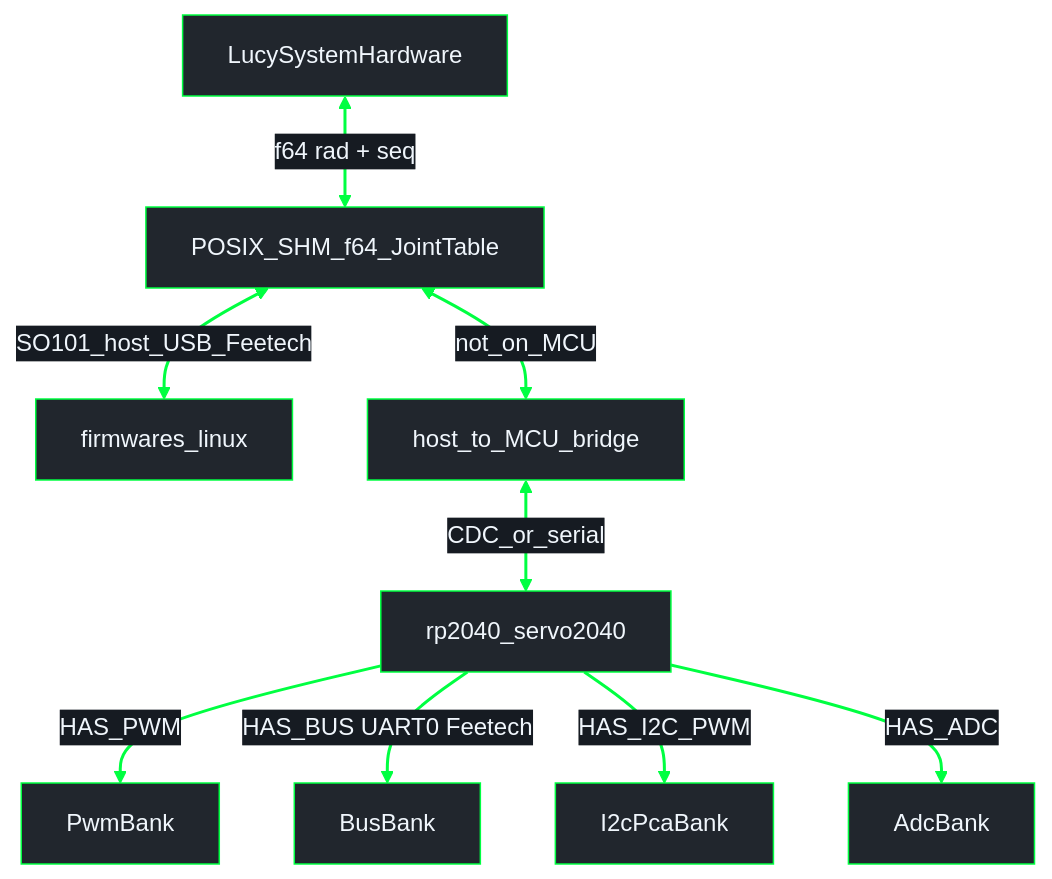
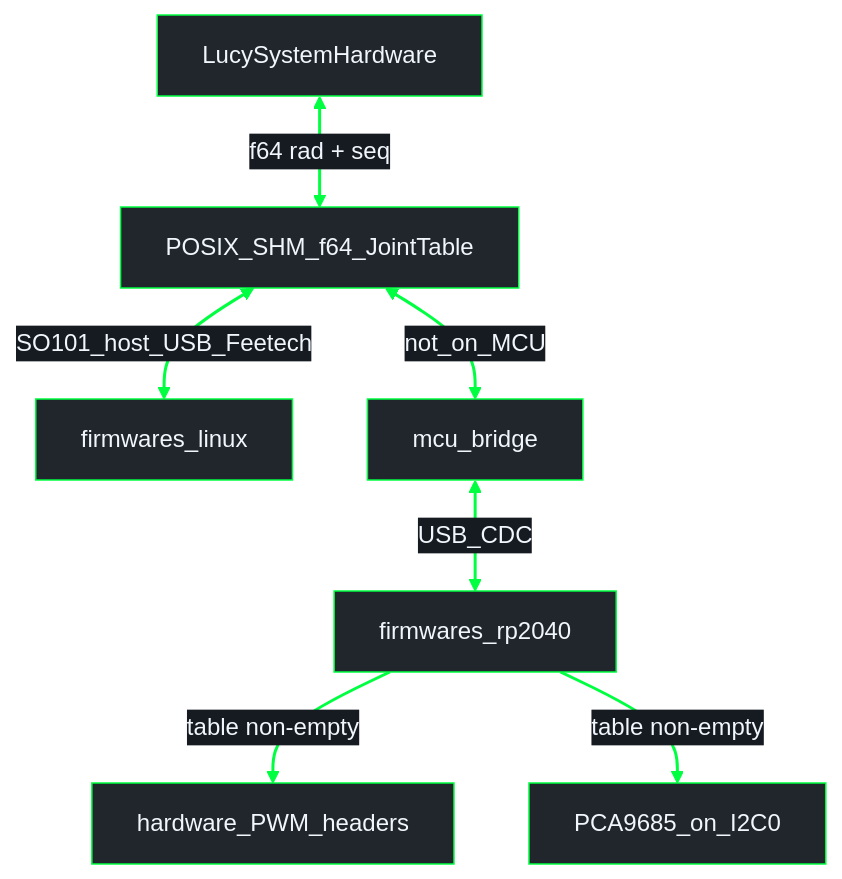
Before and after one commit to Lucy-Robotics/lucy_embedded_firmware: the first of 2 diagrams in docs/architecture/firmware.md, drawn with Mermaid. The commit also changed other lines of this file, not shown here.

First line of the commit message:
docs: Servo2040 plugs, hardware PWM, and PCA on I2C0

````diff
--- a/docs/architecture/firmware.md
+++ b/docs/architecture/firmware.md
@@ -14,18 +14,16 @@
 ```mermaid
 %%{init: {"theme": "base", "themeVariables": {"darkMode": true, "background": "#0d1117", "mainBkg": "#21262d", "primaryColor": "#21262d", "primaryTextColor": "#f0f6fc", "primaryBorderColor": "#00FF41", "secondaryColor": "#161b22", "secondaryTextColor": "#f0f6fc", "secondaryBorderColor": "#00FF41", "tertiaryColor": "#161b22", "tertiaryTextColor": "#f0f6fc", "tertiaryBorderColor": "#00FF41", "lineColor": "#00FF41", "textColor": "#f0f6fc", "nodeTextColor": "#f0f6fc", "edgeLabelBackground": "#161b22", "clusterBkg": "#0d1117", "clusterBorder": "#00FF41", "titleColor": "#f0f6fc"}}}%%
 flowchart TB
   HI["LucySystemHardware"]
   SHM["POSIX_SHM_f64_JointTable"]
   LinuxFW["firmwares_linux"]
-  Bridge["host_to_MCU_bridge"]
-  S2040["rp2040_servo2040"]
+  Bridge["mcu_bridge"]
+  S2040["firmwares_rp2040"]
   HI <-->|"f64 rad + seq"| SHM
   SHM <-->|"SO101_host_USB_Feetech"| LinuxFW
   SHM <-->|"not_on_MCU"| Bridge
-  Bridge <-->|"CDC_or_serial"| S2040
-  S2040 -->|"HAS_PWM"| PWM["PwmBank"]
-  S2040 -->|"HAS_BUS UART0 Feetech"| Bus["BusBank"]
-  S2040 -->|"HAS_I2C_PWM"| I2C["I2cPcaBank"]
-  S2040 -->|"HAS_ADC"| ADC["AdcBank"]
+  Bridge <-->|"USB_CDC"| S2040
+  S2040 -->|"table non-empty"| PWM["hardware_PWM_headers"]
+  S2040 -->|"table non-empty"| I2C["PCA9685_on_I2C0"]
   linkStyle default stroke:#00FF41,stroke-width:2px
 ```
````
